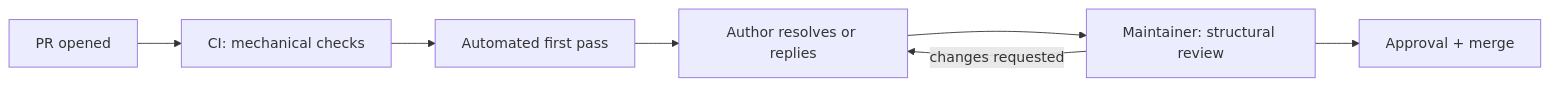
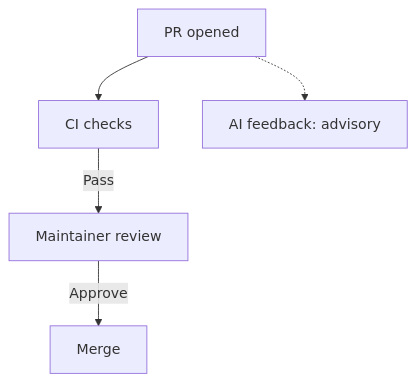
Before and after one commit to caipe-io/ai-platform-engineering: the diagram in docs/docs/repo-ops/code-review.md, drawn with Mermaid. The commit also changed other lines of this file, not shown here.

Commit message:
docs(review): allow advisory AI review alongside maintainer review
Require successful CI before maintainer review while keeping AI feedback advisory and independent of review and merge readiness.

````diff
--- a/docs/docs/repo-ops/code-review.md
+++ b/docs/docs/repo-ops/code-review.md
@@ -24,9 +24,7 @@
 ```mermaid
-flowchart LR
-    A[PR opened] --> B[CI: mechanical checks]
-    B --> C[Automated first pass]
-    C --> D[Author resolves or replies]
-    D --> E[Maintainer: structural review]
-    E --> F[Approval + merge]
-    E -->|changes requested| D
+flowchart TD
+    PR[PR opened] --> CI[CI checks]
+    CI -->|Pass| HUMAN[Maintainer review]
+    PR -.-> AI[AI feedback: advisory]
+    HUMAN -->|Approve| MERGE[Merge]
 ```
````
